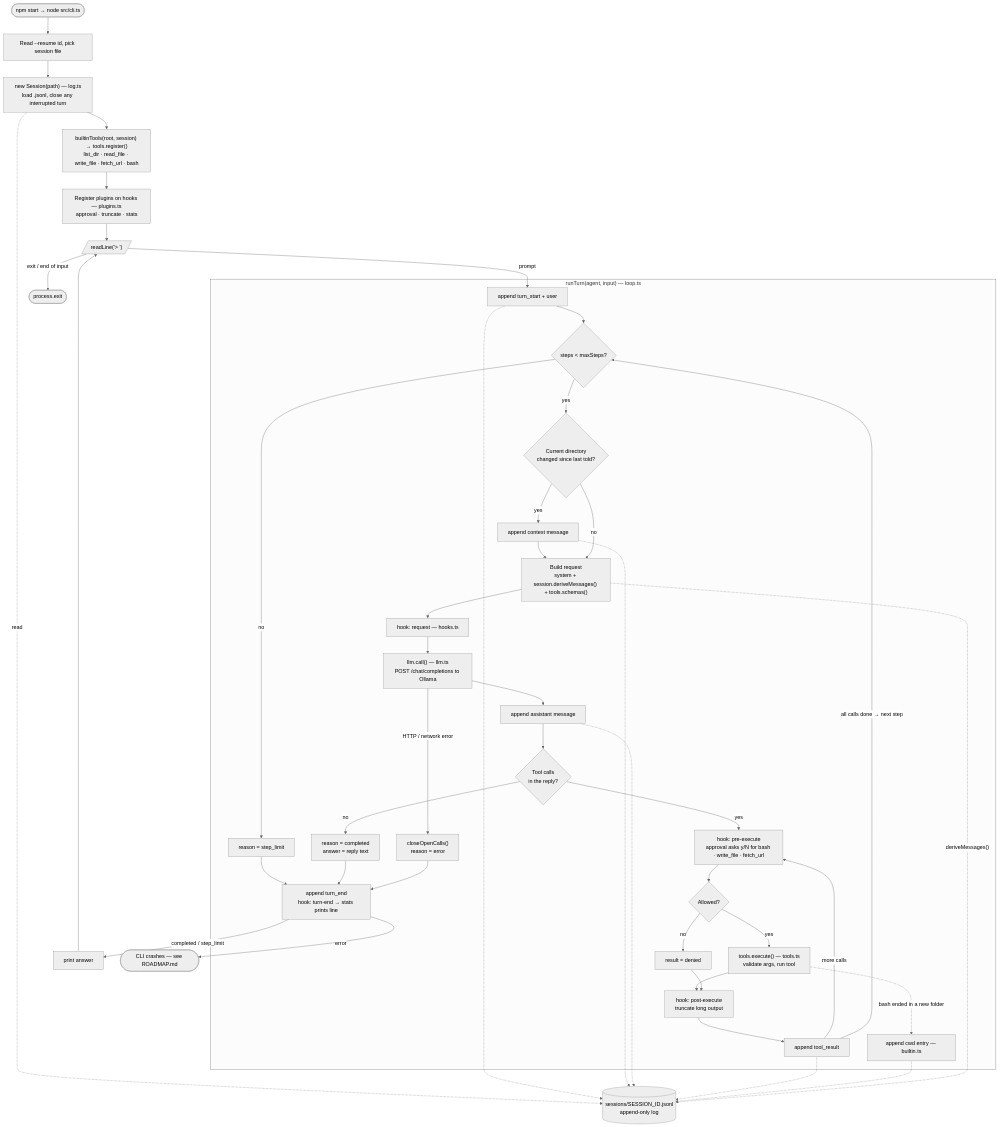
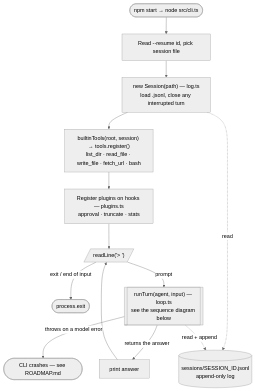
Before and after one commit to karthikeyanrathore/tiny-harness: the first of 2 diagrams in README.md, drawn with Mermaid (neutral theme). The commit also changed other lines of this file, not shown here.

Commit message:
Split the README diagram and show runTurn as a sequence diagram

````diff
--- a/README.md
+++ b/README.md
@@ -34,53 +36,17 @@
 ```mermaid
 flowchart TD
-    %% ── Startup (src/cli.ts, runs once) ──
     A(["npm start → node src/cli.ts"]) --> B["Read --resume id, pick session file"]
     B --> C["new Session(path) — log.ts<br/>load .jsonl, close any interrupted turn"]
     C --> D["builtinTools(root, session) → tools.register()<br/>list_dir · read_file · write_file · fetch_url · bash"]
     D --> E["Register plugins on hooks — plugins.ts<br/>approval · truncate · stats"]
     E --> F[/"readLine('> ')"/]
 
     F -->|"exit / end of input"| Z(["process.exit"])
-    F -->|"prompt"| T0
+    F -->|"prompt"| RT[["runTurn(agent, input) — loop.ts<br/>see the sequence diagram below"]]
+    RT -->|"returns the answer"| P["print answer"] --> F
+    RT -->|"throws on a model error"| CRASH(["CLI crashes — see ROADMAP.md"])
 
-    %% ── One turn (src/loop.ts runTurn) ──
-    subgraph TURN["runTurn(agent, input) — loop.ts"]
-        T0["append turn_start + user"] --> S0{"steps < maxSteps?"}
-        S0 -->|no| LIM["reason = step_limit"]
-        S0 -->|yes| CX{"Current directory<br/>changed since last told?"}
-        CX -->|yes| CXA["append context message"] --> RQ
-        CX -->|no| RQ["Build request<br/>system + session.deriveMessages() + tools.schemas()"]
-        RQ --> H1["hook: request — hooks.ts"]
-        H1 --> LLM["llm.call() — llm.ts<br/>POST /chat/completions to Ollama"]
-        LLM -->|"HTTP / network error"| ERR["closeOpenCalls()<br/>reason = error"]
-        LLM --> AS["append assistant message"]
-        AS --> TC{"Tool calls<br/>in the reply?"}
-        TC -->|no| DONE["reason = completed<br/>answer = reply text"]
-        TC -->|yes| PRE["hook: pre-execute<br/>approval asks y/N for bash · write_file · fetch_url"]
-        PRE --> AL{"Allowed?"}
-        AL -->|no| DEN["result = denied"]
-        AL -->|yes| EX["tools.execute() — tools.ts<br/>validate args, run tool"]
-        EX -.->|"bash ended in a new folder"| CWD["append cwd entry — builtin.ts"]
-        EX --> POST
-        DEN --> POST["hook: post-execute<br/>truncate long output"]
-        POST --> TR["append tool_result"]
-        TR -->|"more calls"| PRE
-        TR -->|"all calls done → next step"| S0
-        LIM --> END
-        DONE --> END
-        ERR --> END["append turn_end<br/>hook: turn-end → stats prints line"]
-    end
-
-    END -->|"completed / step_limit"| P["print answer"] --> F
-    END -->|"error"| CRASH(["CLI crashes — see ROADMAP.md"])
-
-    %% ── Session log ──
     LOG[("sessions/SESSION_ID.jsonl<br/>append-only log")]
     C -.->|read| LOG
-    T0 -.-> LOG
-    CXA -.-> LOG
-    AS -.-> LOG
-    TR -.-> LOG
-    CWD -.-> LOG
-    RQ -.->|"deriveMessages()"| LOG
+    RT -.->|"read + append"| LOG
 ```
````
